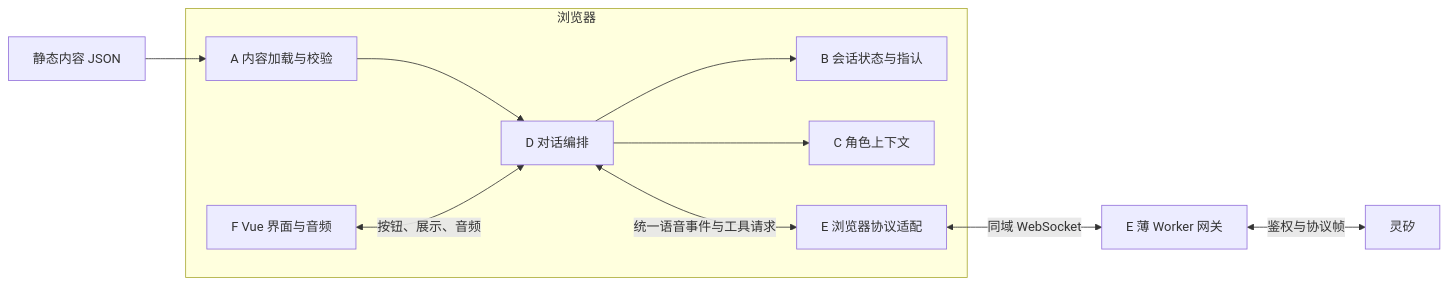
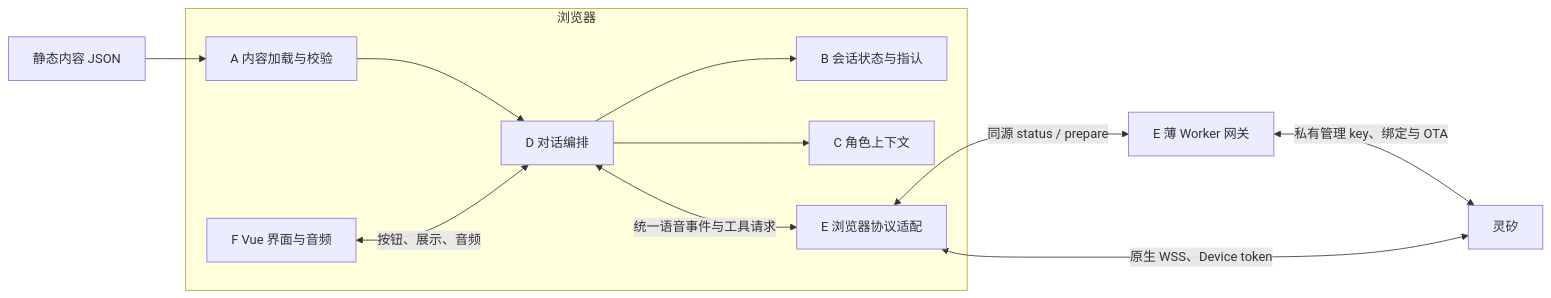
The diagram in docs/architecture.md (nighca/lie), drawn with Mermaid before and after one commit. The commit also changed other lines of this file and 15 other files, not shown here.

````diff
--- a/docs/architecture.md
+++ b/docs/architecture.md
@@ -86,13 +86,14 @@
 ```mermaid
 flowchart LR
     Pack["静态内容 JSON"] --> A
     subgraph Browser["浏览器"]
         A["A 内容加载与校验"] --> D["D 对话编排"]
         D --> B["B 会话状态与指认"]
         D --> C["C 角色上下文"]
         F["F Vue 界面与音频"] <-->|"按钮、展示、音频"| D
         D <-->|"统一语音事件与工具请求"| Adapter["E 浏览器协议适配"]
     end
-    Adapter <-->|"同域 WebSocket"| Worker["E 薄 Worker 网关"]
-    Worker <-->|"鉴权与协议帧"| Linx["灵矽"]
+    Adapter <-->|"同源 status / prepare"| Worker["E 薄 Worker 网关"]
+    Worker <-->|"私有管理 key、绑定与 OTA"| Linx["灵矽"]
+    Adapter <-->|"原生 WSS、Device token"| Linx
 ```
````
